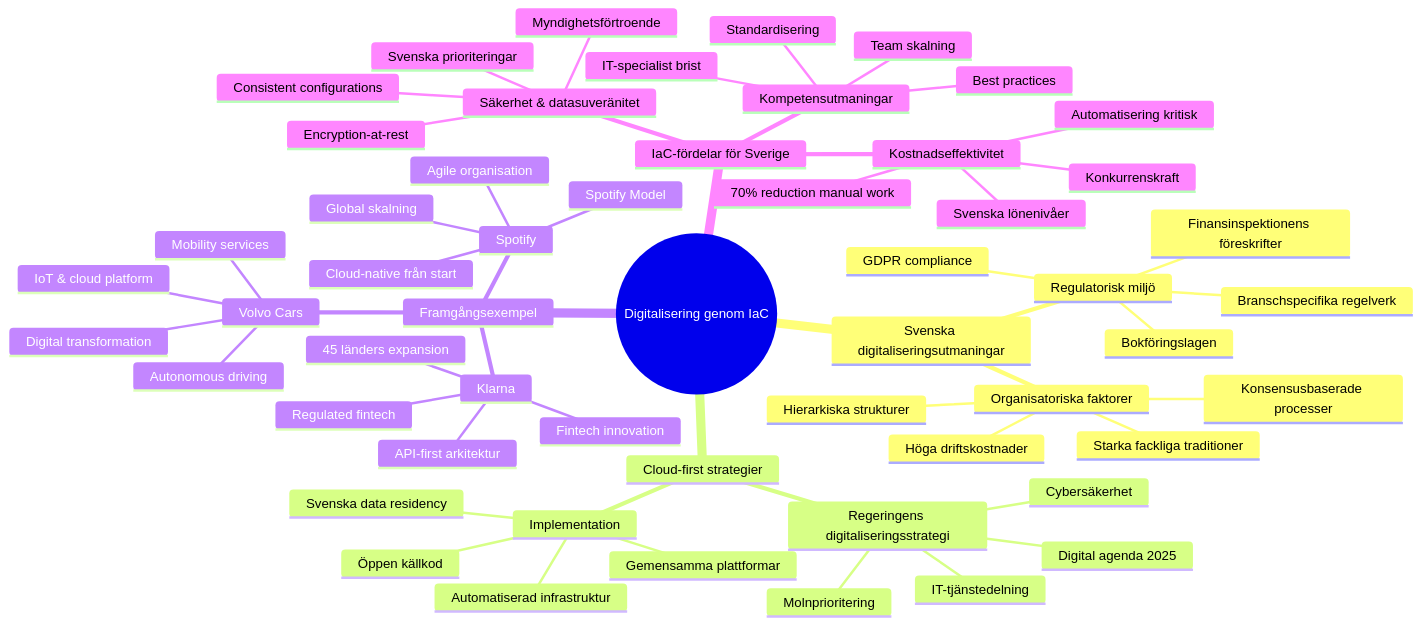
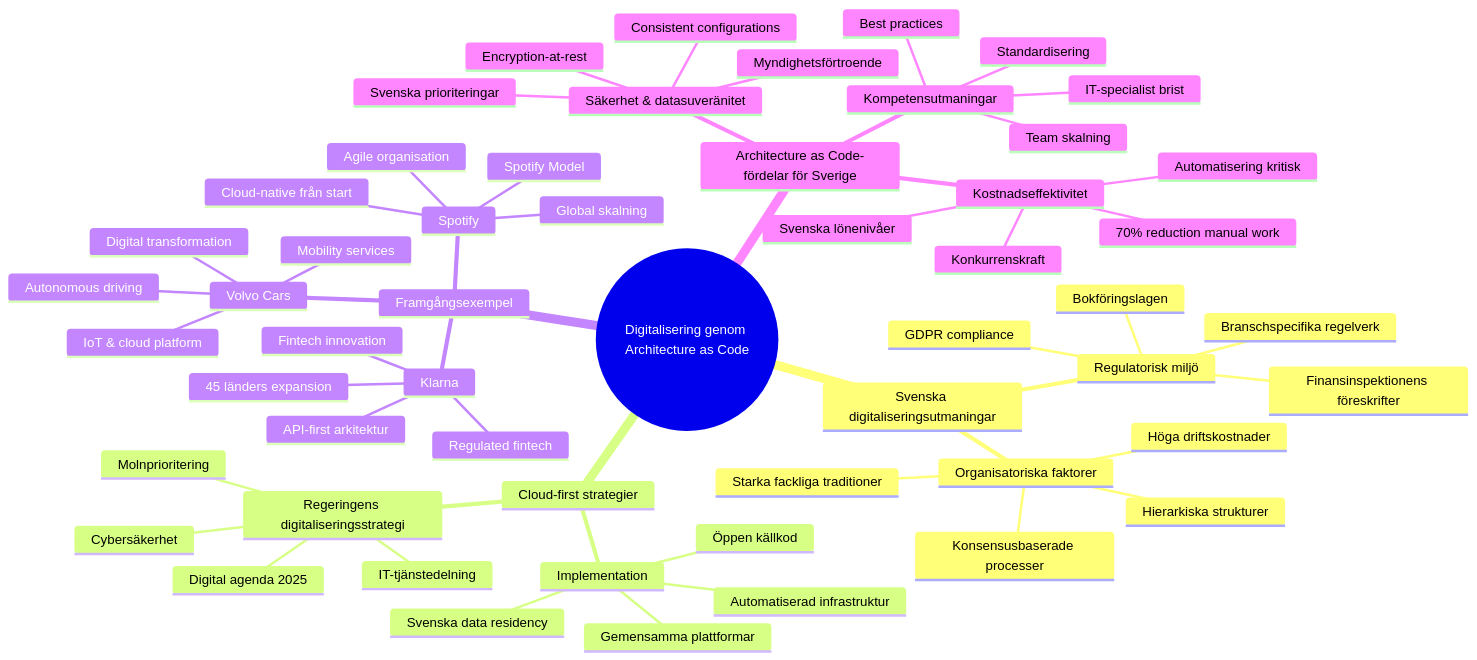
Before and after one commit to Geonitab/architecture_as_code: the diagram in docs/images/mindmap_19_digitalisering.mmd, drawn with Mermaid. The commit also changed 43 other files, not shown here.

```diff
--- a/docs/images/mindmap_19_digitalisering.mmd
+++ b/docs/images/mindmap_19_digitalisering.mmd
@@ -1,56 +1,56 @@
 mindmap
-  root((Digitalisering genom IaC))
+  root((Digitalisering genom Architecture as Code))
     Svenska digitaliseringsutmaningar
       Regulatorisk miljö
         GDPR compliance
         Bokföringslagen
         Finansinspektionens föreskrifter
         Branschspecifika regelverk
       Organisatoriska faktorer
         Starka fackliga traditioner
         Konsensusbaserade processer
         Hierarkiska strukturer
         Höga driftskostnader
     Cloud-first strategier
       Regeringens digitaliseringsstrategi
         Digital agenda 2025
         Molnprioritering
         IT-tjänstedelning
         Cybersäkerhet
       Implementation
         Automatiserad infrastruktur
         Gemensamma plattformar
         Öppen källkod
         Svenska data residency
     Framgångsexempel
       Spotify
         Cloud-native från start
         Global skalning
         Agile organisation
         Spotify Model
       Klarna
         API-first arkitektur
         Regulated fintech
         45 länders expansion
         Fintech innovation
       Volvo Cars
         Digital transformation
         IoT & cloud platform
         Mobility services
         Autonomous driving
-    IaC-fördelar för Sverige
+    Architecture as Code-fördelar för Sverige
       Kostnadseffektivitet
         70% reduction manual work
         Automatisering kritisk
         Svenska lönenivåer
         Konkurrenskraft
       Kompetensutmaningar
         IT-specialist brist
         Standardisering
         Team skalning
         Best practices
       Säkerhet & datasuveränitet
         Svenska prioriteringar
         Consistent configurations
         Encryption-at-rest
         Myndighetsförtroende
```
